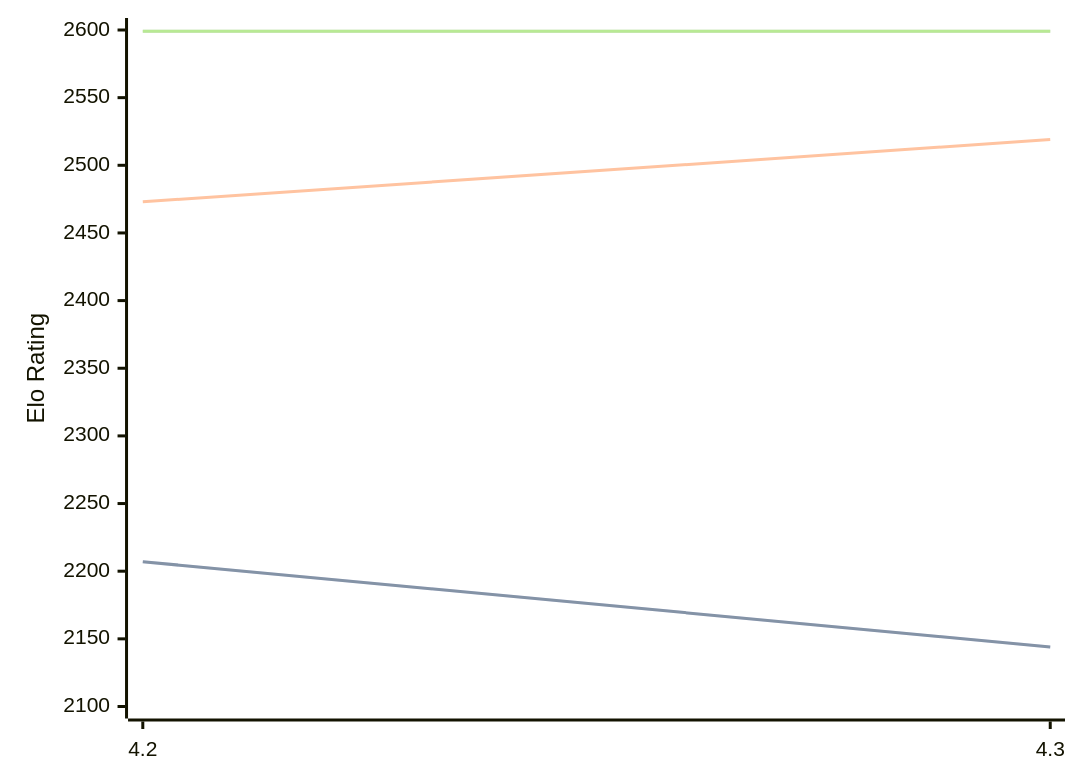
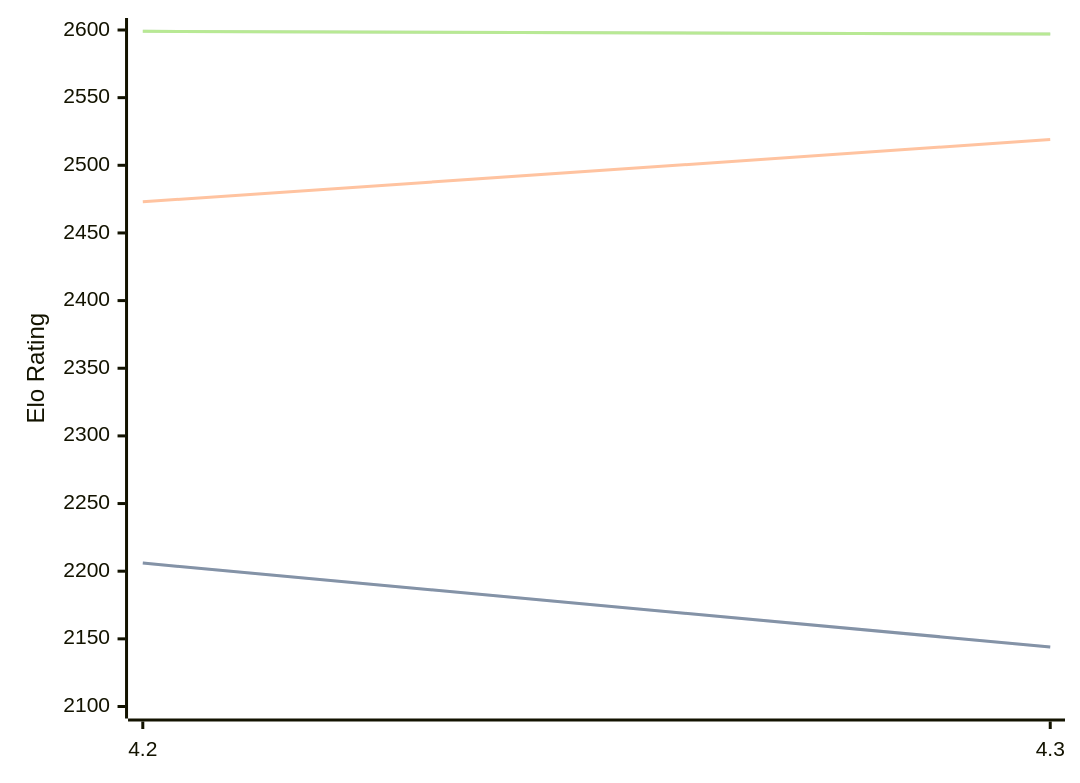
Before and after one commit to computer-chess-index/cci: the diagram in engines/Eubos.md, drawn with Mermaid. The commit also changed other lines of this file, not shown here.

Commit message:
Update CCI Ratings (ELO VLTC) - 2026-02-21

````diff
--- a/engines/Eubos.md
+++ b/engines/Eubos.md
@@ -85,11 +85,11 @@
 ```mermaid
 %%{init: {"theme":"base","themeVariables":{"seriesColors:['#a3a3a3','#222221','#faa371']}}}%%
 xychart-beta
   x-axis ["4.2", "4.3"]
   y-axis "Elo Rating" 2100 --> 2600
-  line "STC (8.0+0.08s)" [2207, 2144]
-  line "STC (8.0+0.08s)" [2207, 2144]
+  line "STC (8.0+0.08s)" [2206, 2144]
+  line "STC (8.0+0.08s)" [2206, 2144]
   line "LTC (60.0+0.60s)" [2473, 2519]
-  line "VLTC (2m24s+1.12s)" [2599, 2599]
-  line "VLTC (2m24s+1.12s)" [2599, 2599]
+  line "VLTC (2m24s+1.12s)" [2599, 2597]
+  line "VLTC (2m24s+1.12s)" [2599, 2597]
 ```
````
